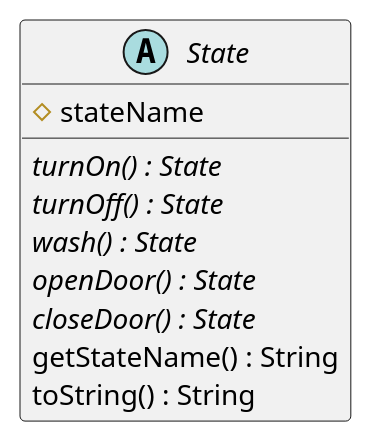
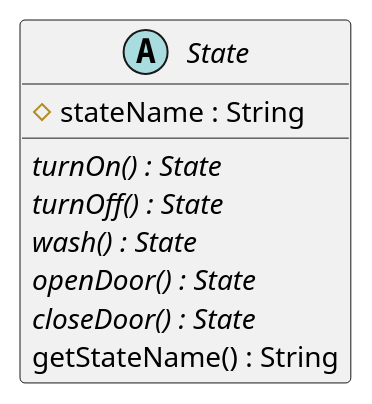
One commit to familyboateaf4v/doubleSlashde9 changed the second of 2 diagrams in doc/plantuml/state.puml. Above: the diagram before and after it, drawn with PlantUML. The commit also changed 1 other file, not shown here.

Commit message:
UML: Updated state class diagram.

```diff
--- a/doc/plantuml/state.puml
+++ b/doc/plantuml/state.puml
@@ -13,14 +13,13 @@
 @startuml
 
 abstract class State {
-    #stateName
+    #stateName : String
     {abstract} turnOn() : State
     {abstract} turnOff() : State
     {abstract} wash() : State
     {abstract} openDoor() : State
     {abstract} closeDoor() : State
     getStateName() : String
-    toString() : String
 }
 
 @enduml
```
